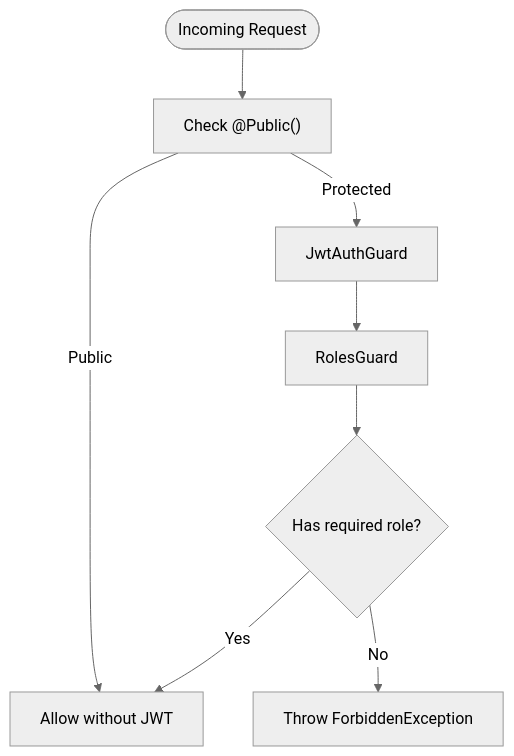
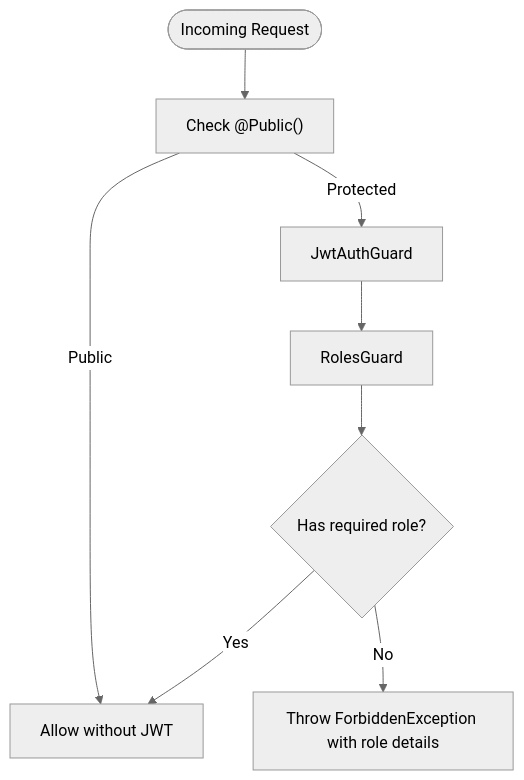
Before and after one commit to devonxjz/MissLost: the fifth of 9 diagrams in .qoder/repowiki/en/content/Project Overview/Core Features/User Authentication & Authorization.md, drawn with Mermaid (neutral theme). The commit also changed other lines of this file and 12 other files, not shown here.

````diff
--- a/.qoder/repowiki/en/content/Project Overview/Core Features/User Authentication & Authorization.md
+++ b/.qoder/repowiki/en/content/Project Overview/Core Features/User Authentication & Authorization.md
@@ -257,10 +298,10 @@
 ```mermaid
 flowchart TD
 Req(["Incoming Request"]) --> CheckPublic["Check @Public()"]
 CheckPublic --> |Public| Allow["Allow without JWT"]
 CheckPublic --> |Protected| Jwt["JwtAuthGuard"]
 Jwt --> Roles["RolesGuard"]
 Roles --> HasRole{"Has required role?"}
-HasRole --> |No| Forbidden["Throw ForbiddenException"]
+HasRole --> |No| Forbidden["Throw ForbiddenException with role details"]
 HasRole --> |Yes| Allow
 ```
````
